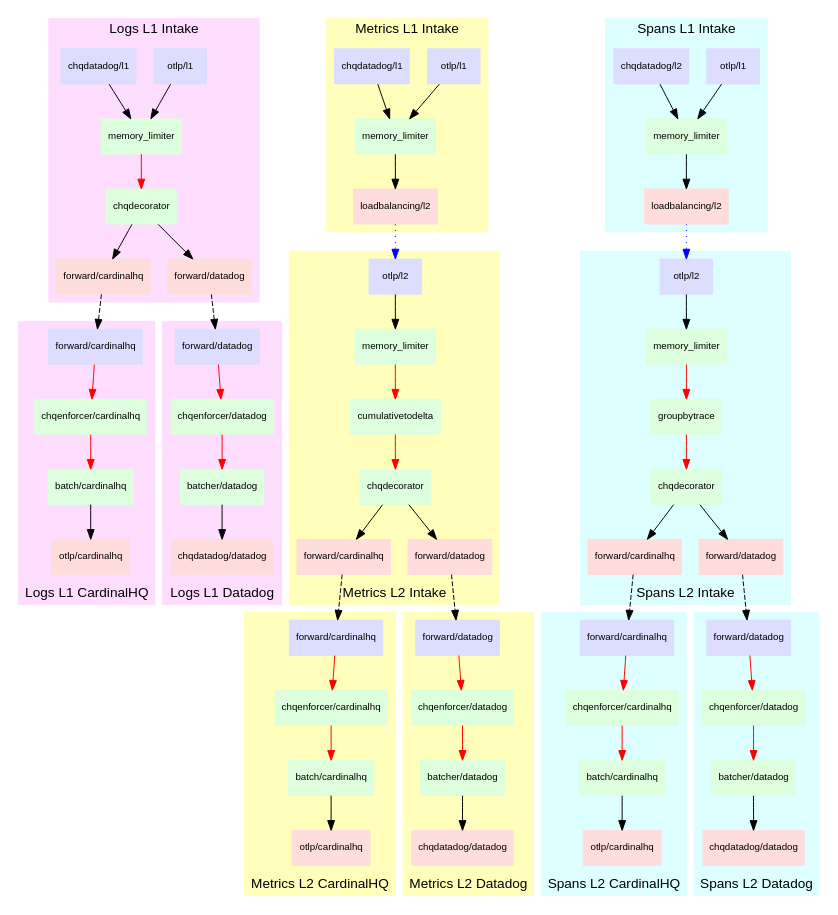
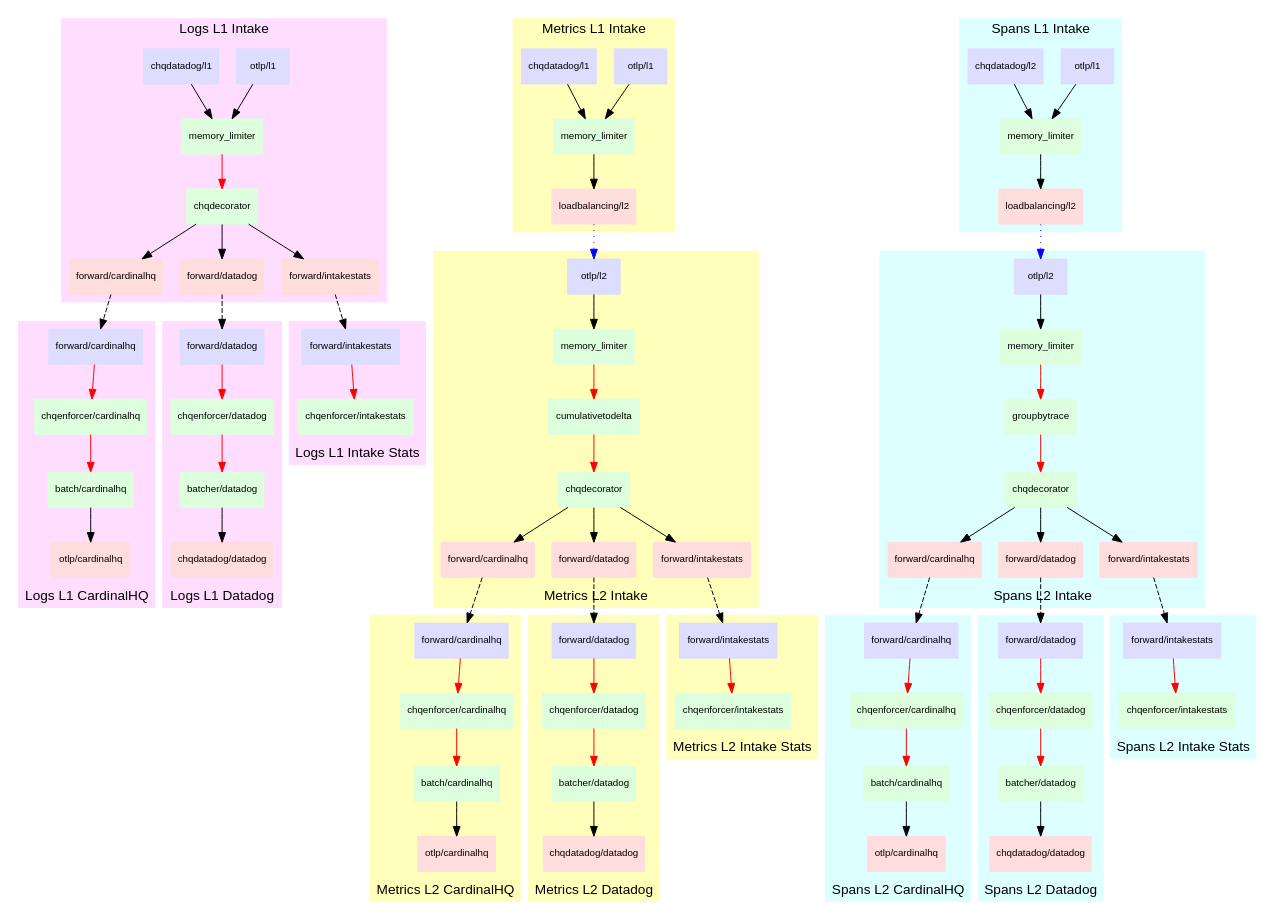
The diagram in docs/flow/flow.dot (cardinalhq/cardinalhq-otel-collector), drawn with Graphviz before and after one commit. The commit also changed 3 other files, not shown here.

Commit message:
update flow

```diff
--- a/docs/flow/flow.dot
+++ b/docs/flow/flow.dot
@@ -34,12 +34,14 @@
         c1_chqdecorator [label="chqdecorator" color="#ddffdd"];
         c1_forwarder_cardinalhq [label="forward/cardinalhq" color="#ffdddd"];
         c1_forwarder_datadog [label="forward/datadog" color="#ffdddd"];
+        c1_forwarder_stats [label="forward/intakestats" color="#ffdddd"];
         
         c1_receiver_datadog -> c1_memory_limiter;
         c1_receiver_otlp -> c1_memory_limiter;
         c1_memory_limiter -> c1_chqdecorator [color=red];
         c1_chqdecorator -> c1_forwarder_datadog;
         c1_chqdecorator -> c1_forwarder_cardinalhq;
+        c1_chqdecorator -> c1_forwarder_stats;
     }
 
     subgraph cluster_2 {
@@ -79,8 +81,23 @@
         c3_chqenforcer_datadog -> c3_batcher_datadog [color=red];
         c3_batcher_datadog -> c3_chqdatadog_datadog;
     }
+
+    subgraph cluster_4 {
+        style=filled;
+        color="#ffddff";
+        node [style=filled,color=white];
+        label="Logs L1 Intake Stats";
+        labelloc="b";
+
+        c1_forwarder_stats -> c4_forwarder_stats [style=dashed];
+
+        c4_forwarder_stats [label="forward/intakestats" color="#ddddff"];
+        c4_chqenforcer_stats [label="chqenforcer/intakestats" color="#ddffdd"];
+
+        c4_forwarder_stats -> c4_chqenforcer_stats [color=red];
+    }
     
-    subgraph cluster_4 {
+    subgraph cluster_100 {
 		style=filled;
 		color="#ffffbb";
 		node [style=filled,color=white];
@@ -96,7 +113,7 @@
         c4_memory_limiter -> c4_exporter_loadbalance;
     }
     
-    subgraph cluster_5 { 
+    subgraph cluster_200 { 
 		style=filled;
 		color="#ffffbb";
 		node [style=filled,color=white];
@@ -111,15 +128,17 @@
         c5_chqdecorator [label="chqdecorator" color="#ddffdd"];
         c5_forwarder_cardinalhq [label="forward/cardinalhq" color="#ffdddd"];
         c5_forwarder_datadog [label="forward/datadog" color="#ffdddd"];
+        c5_forwarder_stats [label="forward/intakestats" color="#ffdddd"];
 
         c5_receiver_otlp -> c5_memory_limiter;
         c5_memory_limiter -> c5_cumulativetodelta [color=red];
         c5_cumulativetodelta -> c5_chqdecorator [color=red];
         c5_chqdecorator -> c5_forwarder_cardinalhq;
         c5_chqdecorator -> c5_forwarder_datadog;
+        c5_chqdecorator -> c5_forwarder_stats;
     }
 
-    subgraph cluster_6 {
+    subgraph cluster_201 {
         style=filled;
         color="#ffffbb";
         node [style=filled,color=white];
@@ -138,7 +157,7 @@
         c6_batcher_cardinalhq -> c6_otlp_cardinalhq;
     }
 
-    subgraph cluster_7 {
+    subgraph cluster_202 {
         style=filled;
         color="#ffffbb";
         node [style=filled,color=white];
@@ -157,7 +176,22 @@
         c7_batcher_datadog -> c7_chqdatadog_datadog;
     }
 
-    subgraph cluster_8 {
+    subgraph cluster_203 {
+        style=filled;
+        color="#ffffbb";
+        node [style=filled,color=white];
+        label="Metrics L2 Intake Stats";
+        labelloc="b";
+
+        c5_forwarder_stats -> c8_forwarder_stats [style=dashed];
+
+        c8_forwarder_stats [label="forward/intakestats" color="#ddddff"];
+        c8_chqenforcer_stats [label="chqenforcer/intakestats" color="#ddffdd"];
+
+        c8_forwarder_stats -> c8_chqenforcer_stats [color=red];
+    }
+
+    subgraph cluster_300 {
         style=filled;
         color="#ddffff";
         node [style=filled,color=white];
@@ -173,7 +207,7 @@
         c8_memory_limiter -> c8_exporter_loadbalance;
     }
 
-    subgraph cluster_9 {
+    subgraph cluster_400 {
         style=filled;
         color="#ddffff";
         node [style=filled,color=white];
@@ -188,15 +222,17 @@
         c9_chqdecorator [label="chqdecorator" color="#ddffdd"];
         c9_forwarder_cardinalhq [label="forward/cardinalhq" color="#ffdddd"];
         c9_forwarder_datadog [label="forward/datadog" color="#ffdddd"];
+        c9_forwarder_stats [label="forward/intakestats" color="#ffdddd"];
 
         c9_receiver_otlp -> c9_memory_limiter;
         c9_memory_limiter -> c9_groupbytrace [color=red];
         c9_groupbytrace -> c9_chqdecorator [color=red];
         c9_chqdecorator -> c9_forwarder_cardinalhq;
         c9_chqdecorator -> c9_forwarder_datadog;
+        c9_chqdecorator -> c9_forwarder_stats;
     }
 
-    subgraph cluster_10 {
+    subgraph cluster_401 {
         style=filled;
         color="#ddffff";
         node [style=filled,color=white];
@@ -215,7 +251,7 @@
         c10_batcher_cardinalhq -> c10_otlp_cardinalhq;
     }
 
-    subgraph cluster_11 {
+    subgraph cluster_402 {
         style=filled;
         color="#ddffff";
         node [style=filled,color=white];
@@ -233,4 +269,19 @@
         c11_chqenforcer_datadog -> c11_batcher_datadog [color=red];
         c11_batcher_datadog -> c11_chqdatadog_datadog;
     }
+
+    subgraph cluster_403 {
+        style=filled;
+        color="#ddffff";
+        node [style=filled,color=white];
+        label="Spans L2 Intake Stats";
+        labelloc="b";
+
+        c9_forwarder_stats -> c12_forwarder_stats [style=dashed];
+
+        c12_forwarder_stats [label="forward/intakestats" color="#ddddff"];
+        c12_chqenforcer_stats [label="chqenforcer/intakestats" color="#ddffdd"];
+
+        c12_forwarder_stats -> c12_chqenforcer_stats [color=red];
+    }
 }
```
